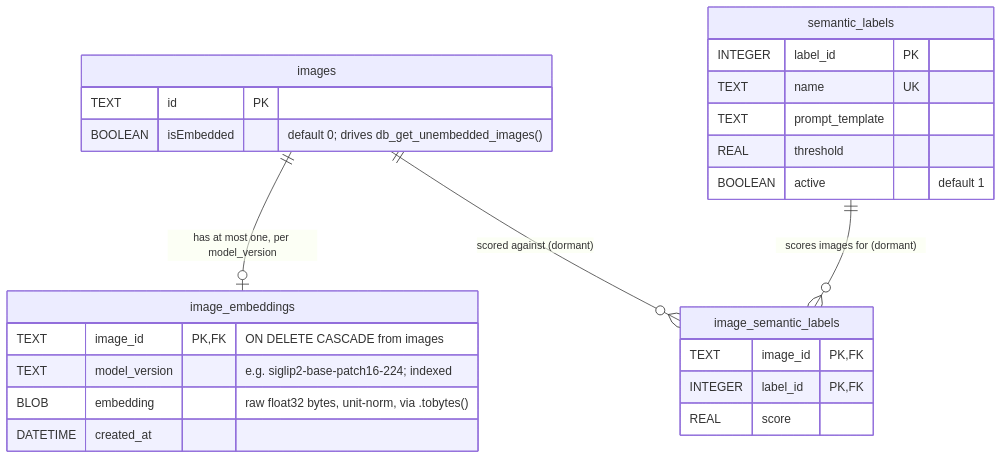
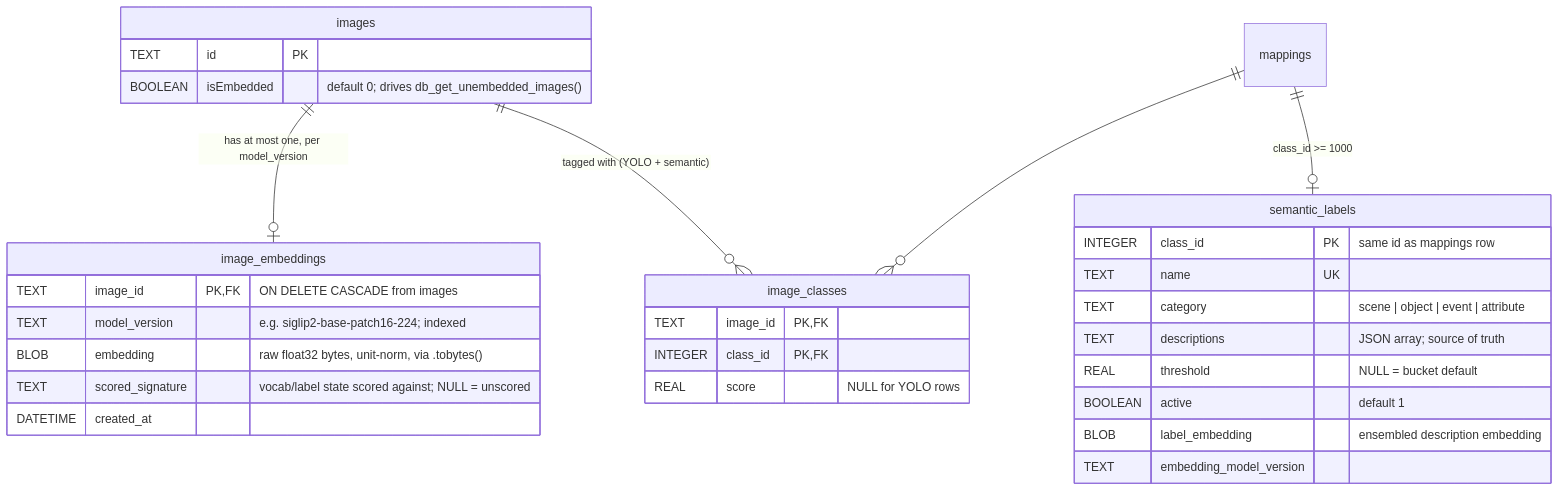
The fourth of 4 diagrams in docs/backend/backend_python/semantic-search.md (AOSSIE-Org/PictoPy), drawn with Mermaid before and after one commit. The commit also changed other lines of this file and 1 other file, not shown here.

First line of the commit message:
docs(backend): update semantic search and database docs for vocabulary layer

````diff
--- a/docs/backend/backend_python/semantic-search.md
+++ b/docs/backend/backend_python/semantic-search.md
@@ -204,29 +208,34 @@
 ```mermaid
 erDiagram
     images ||--o| image_embeddings : "has at most one, per model_version"
-    images ||--o{ image_semantic_labels : "scored against (dormant)"
-    semantic_labels ||--o{ image_semantic_labels : "scores images for (dormant)"
+    images ||--o{ image_classes : "tagged with (YOLO + semantic)"
+    mappings ||--o{ image_classes : ""
+    mappings ||--o| semantic_labels : "class_id >= 1000"
 
     images {
         TEXT id PK
         BOOLEAN isEmbedded "default 0; drives db_get_unembedded_images()"
     }
     image_embeddings {
         TEXT image_id PK, FK "ON DELETE CASCADE from images"
         TEXT model_version "e.g. siglip2-base-patch16-224; indexed"
         BLOB embedding "raw float32 bytes, unit-norm, via .tobytes()"
+        TEXT scored_signature "vocab/label state scored against; NULL = unscored"
         DATETIME created_at
     }
+    image_classes {
+        TEXT image_id PK, FK
+        INTEGER class_id PK, FK
+        REAL score "NULL for YOLO rows"
+    }
     semantic_labels {
-        INTEGER label_id PK
+        INTEGER class_id PK "same id as mappings row"
         TEXT name UK
-        TEXT prompt_template
-        REAL threshold
+        TEXT category "scene | object | event | attribute"
+        TEXT descriptions "JSON array; source of truth"
+        REAL threshold "NULL = bucket default"
         BOOLEAN active "default 1"
-    }
-    image_semantic_labels {
-        TEXT image_id PK, FK
-        INTEGER label_id PK, FK
-        REAL score
+        BLOB label_embedding "ensembled description embedding"
+        TEXT embedding_model_version
     }
 ```
````
